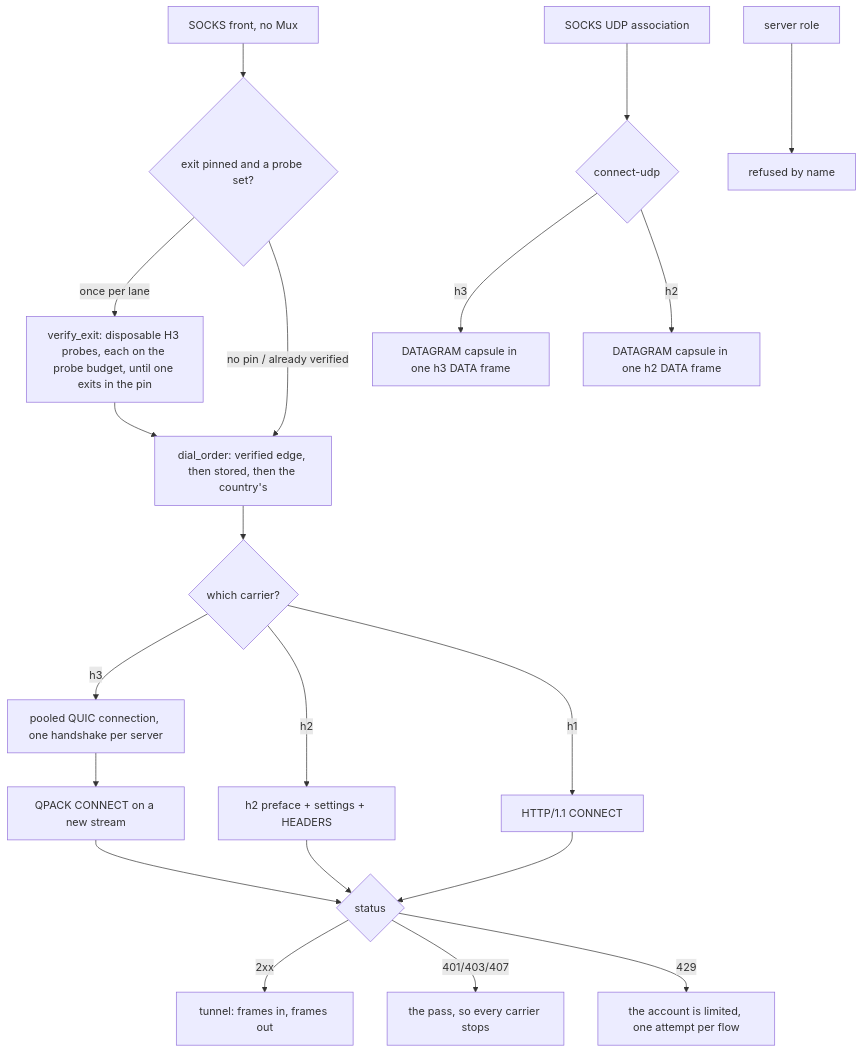
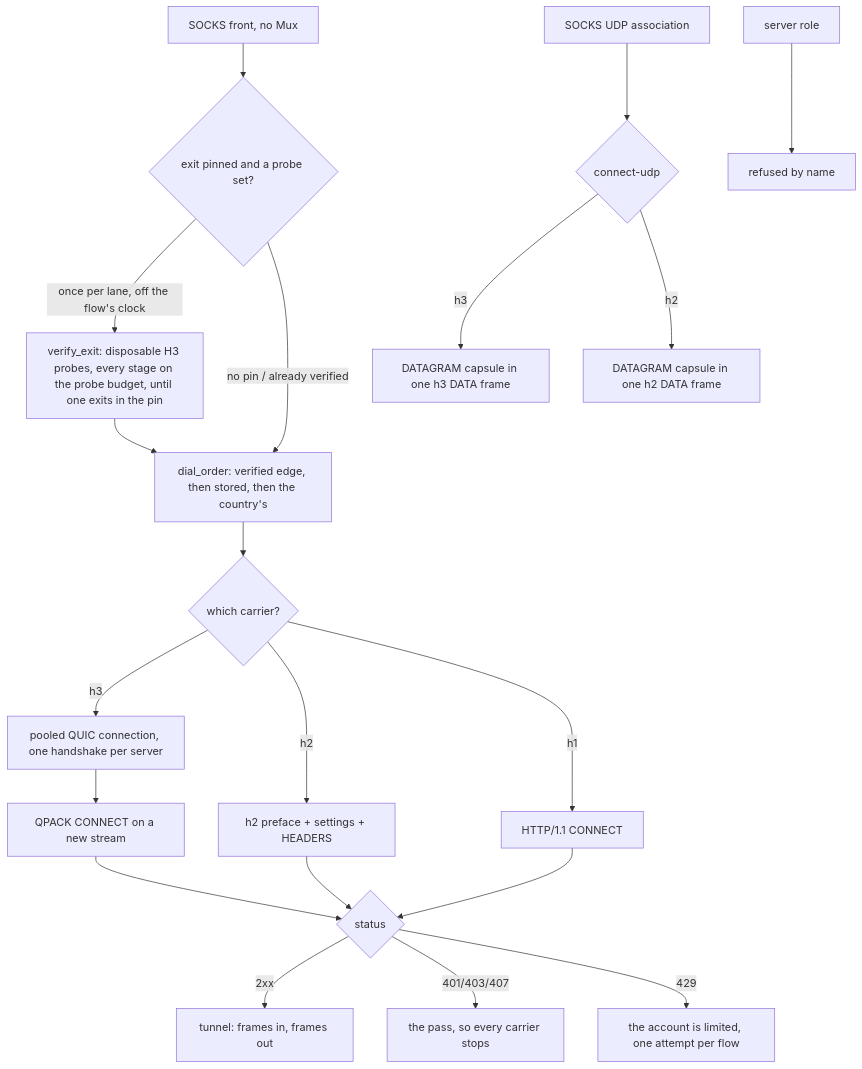
One commit to Ferrocite/ferrox changed the diagram in docs/function/carrier-foxy.md. Above: the diagram before and after it, drawn with Mermaid. The commit also changed other lines of this file and 3 other files, not shown here.

````diff
--- a/docs/function/carrier-foxy.md
+++ b/docs/function/carrier-foxy.md
@@ -18,22 +18,22 @@
 ```mermaid
 graph TD
     S["SOCKS front, no Mux"] --> V{"exit pinned and a probe set?"}
-    V -- "once per lane" --> P["verify_exit: disposable H3 probes, each on the probe budget, until one exits in the pin"]
+    V -- "once per lane, off the flow's clock" --> P["verify_exit: disposable H3 probes, every stage on the probe budget, until one exits in the pin"]
     P --> O["dial_order: verified edge, then stored, then the country's"]
     V -- "no pin / already verified" --> O
     O --> T{"which carrier?"}
     T -- h3 --> Pq["pooled QUIC connection, one handshake per server"]
     Pq --> H["QPACK CONNECT on a new stream"]
     T -- h2 --> G["h2 preface + settings + HEADERS"]
     T -- h1 --> L["HTTP/1.1 CONNECT"]
     H --> R{"status"}
     G --> R
     L --> R
     R -- 2xx --> D["tunnel: frames in, frames out"]
     R -- 401/403/407 --> X["the pass, so every carrier stops"]
     R -- 429 --> Y["the account is limited, one attempt per flow"]
     U["SOCKS UDP association"] --> Q{"connect-udp"}
     Q -- h3 --> C["DATAGRAM capsule in one h3 DATA frame"]
     Q -- h2 --> E["DATAGRAM capsule in one h2 DATA frame"]
     H2S["server role"] --> N["refused by name"]
 ```
````
